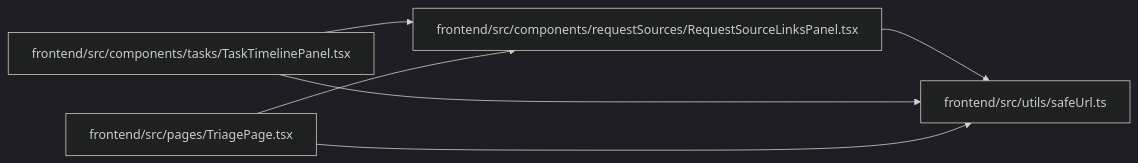
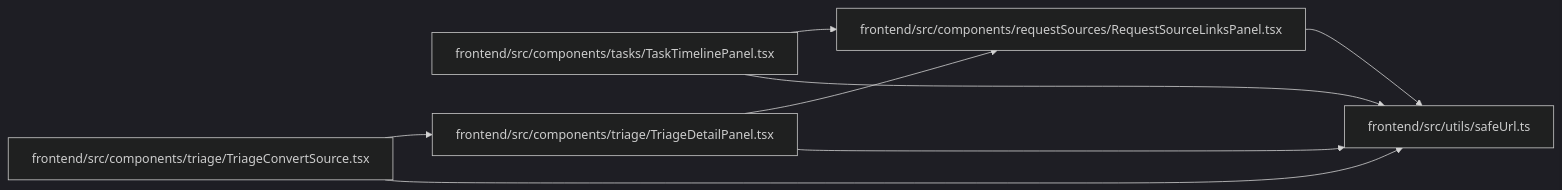
The diagram in docs/llm_wiki/modules/safeUrl.md (Denissvgn/WorkChord), drawn with Mermaid (dark theme) before and after one commit. The commit also changed other lines of this file and 2373 other files, not shown here.

````diff
--- a/docs/llm_wiki/modules/safeUrl.md
+++ b/docs/llm_wiki/modules/safeUrl.md
@@ -18,16 +18,20 @@
 ```mermaid
 flowchart LR
     n0["frontend/src/components/requestSources/RequestSourceLinksPanel.tsx"]
     n1["frontend/src/components/tasks/TaskTimelinePanel.tsx"]
-    n2["frontend/src/pages/TriagePage.tsx"]
-    n3["frontend/src/utils/safeUrl.ts"]
-    n0 --> n3
+    n2["frontend/src/components/triage/TriageConvertSource.tsx"]
+    n3["frontend/src/components/triage/TriageDetailPanel.tsx"]
+    n4["frontend/src/utils/safeUrl.ts"]
+    n0 --> n4
     n1 --> n0
-    n1 --> n3
-    n2 --> n0
+    n1 --> n4
     n2 --> n3
+    n2 --> n4
+    n3 --> n0
+    n3 --> n4
     click n0 "../modules/RequestSourceLinksPanel.md"
     click n1 "../modules/TaskTimelinePanel.md"
-    click n2 "../modules/TriagePage.md"
-    click n3 "../modules/safeUrl.md"
+    click n2 "../modules/TriageConvertSource.md"
+    click n3 "../modules/TriageDetailPanel.md"
+    click n4 "../modules/safeUrl.md"
 ```
````
